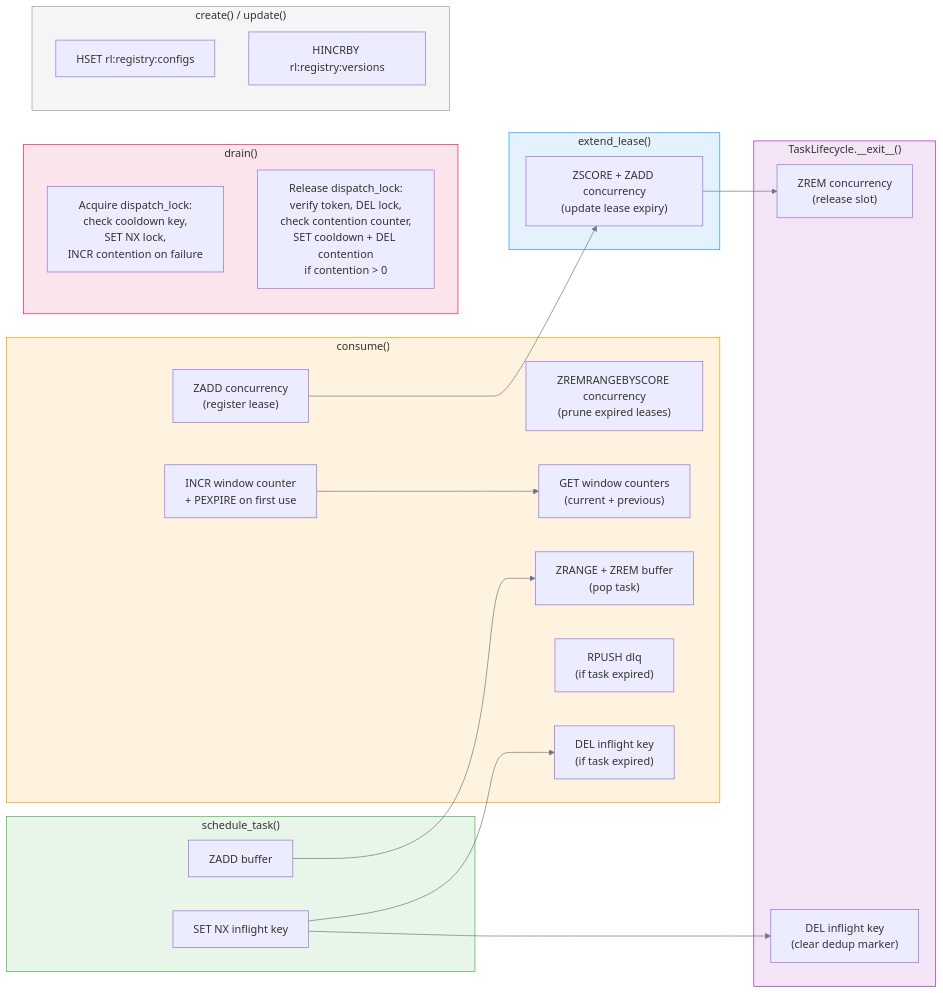
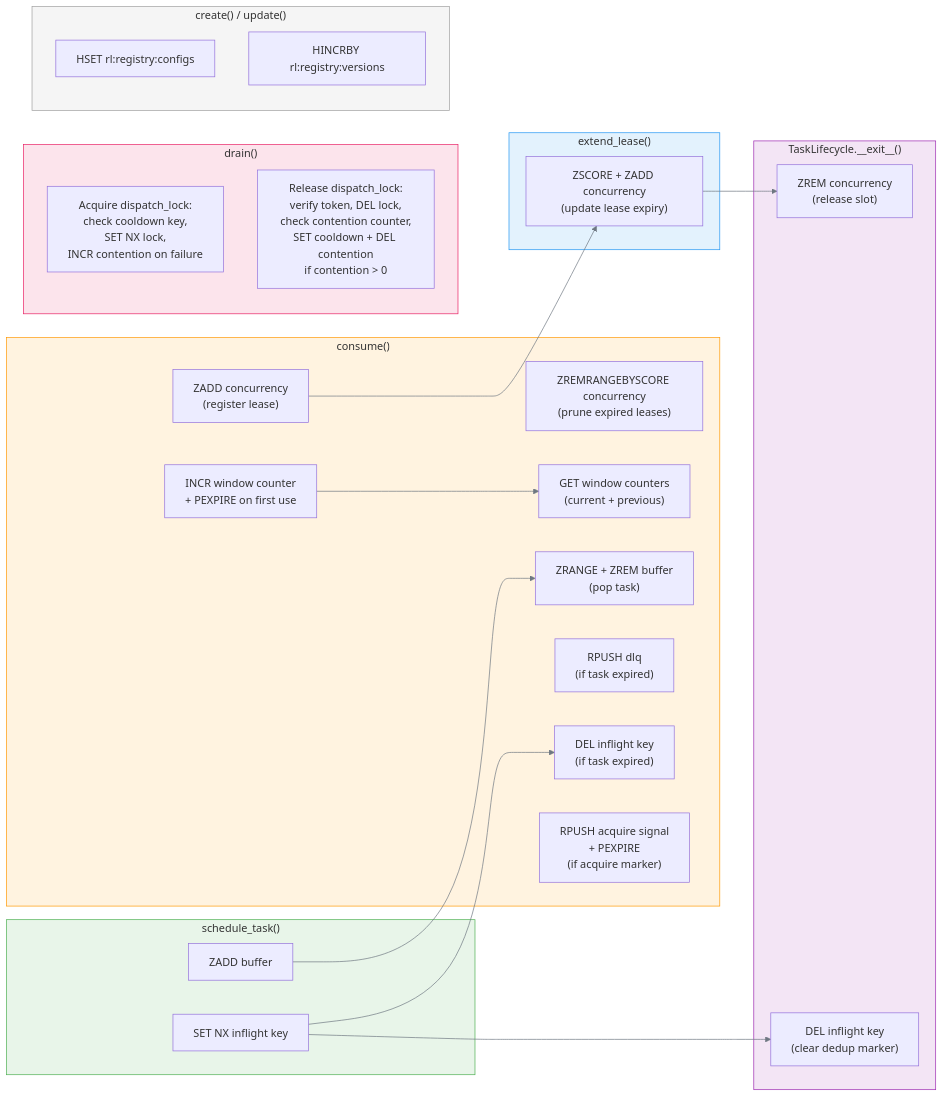
One commit to melroy999/redis-rate-limiter changed the diagram in docs/architecture/redis-keys.md. Above: the diagram before and after it, drawn with Mermaid. The commit also changed other lines of this file and 17 other files, not shown here.

````diff
--- a/docs/architecture/redis-keys.md
+++ b/docs/architecture/redis-keys.md
@@ -25,51 +26,52 @@
 ```mermaid
 %%{init: {"theme": "default", "themeVariables": {"lineColor": "#6e7781"}}}%%
 graph LR
     subgraph Schedule ["schedule_task()"]
         S1["SET NX inflight key"]
         S2["ZADD buffer"]
     end
 
     subgraph Consume ["consume()"]
         C1["ZREMRANGEBYSCORE concurrency<br>(prune expired leases)"]
         C2["GET window counters<br>(current + previous)"]
         C3["ZRANGE + ZREM buffer<br>(pop task)"]
         C4["INCR window counter<br>+ PEXPIRE on first use"]
         C5["ZADD concurrency<br>(register lease)"]
         C6["RPUSH dlq<br>(if task expired)"]
         C7["DEL inflight key<br>(if task expired)"]
+        C8["RPUSH acquire signal<br>+ PEXPIRE<br>(if acquire marker)"]
     end
 
     subgraph Renew ["extend_lease()"]
         R1["ZSCORE + ZADD concurrency<br>(update lease expiry)"]
     end
 
     subgraph Complete ["TaskLifecycle.__exit__()"]
         E1["ZREM concurrency<br>(release slot)"]
         E2["DEL inflight key<br>(clear dedup marker)"]
     end
 
     subgraph Drain ["drain()"]
         D1["Acquire dispatch_lock:<br>check cooldown key,<br>SET NX lock,<br>INCR contention on failure"]
         D2["Release dispatch_lock:<br>verify token, DEL lock,<br>check contention counter,<br>SET cooldown + DEL contention<br>if contention > 0"]
     end
 
     subgraph Registry ["create() / update()"]
         REG1["HSET rl:registry:configs"]
         REG2["HINCRBY rl:registry:versions"]
     end
 
     S1 --> C7
     S2 --> C3
     C5 --> R1
     R1 --> E1
     S1 --> E2
     C4 --> C2
 
     style Schedule fill:#e8f5e9,stroke:#4CAF50
     style Consume fill:#fff3e0,stroke:#FF9800
     style Renew fill:#e3f2fd,stroke:#2196F3
     style Complete fill:#f3e5f5,stroke:#9C27B0
     style Drain fill:#fce4ec,stroke:#E91E63
     style Registry fill:#f5f5f5,stroke:#9E9E9E
 ```
````
